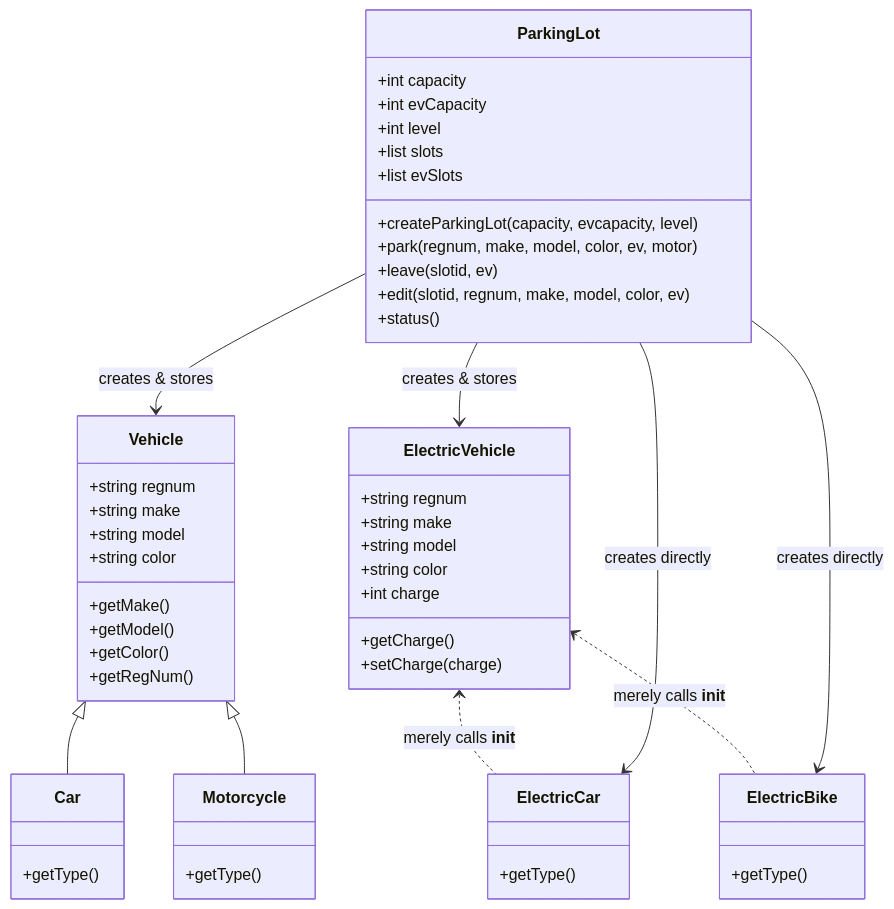
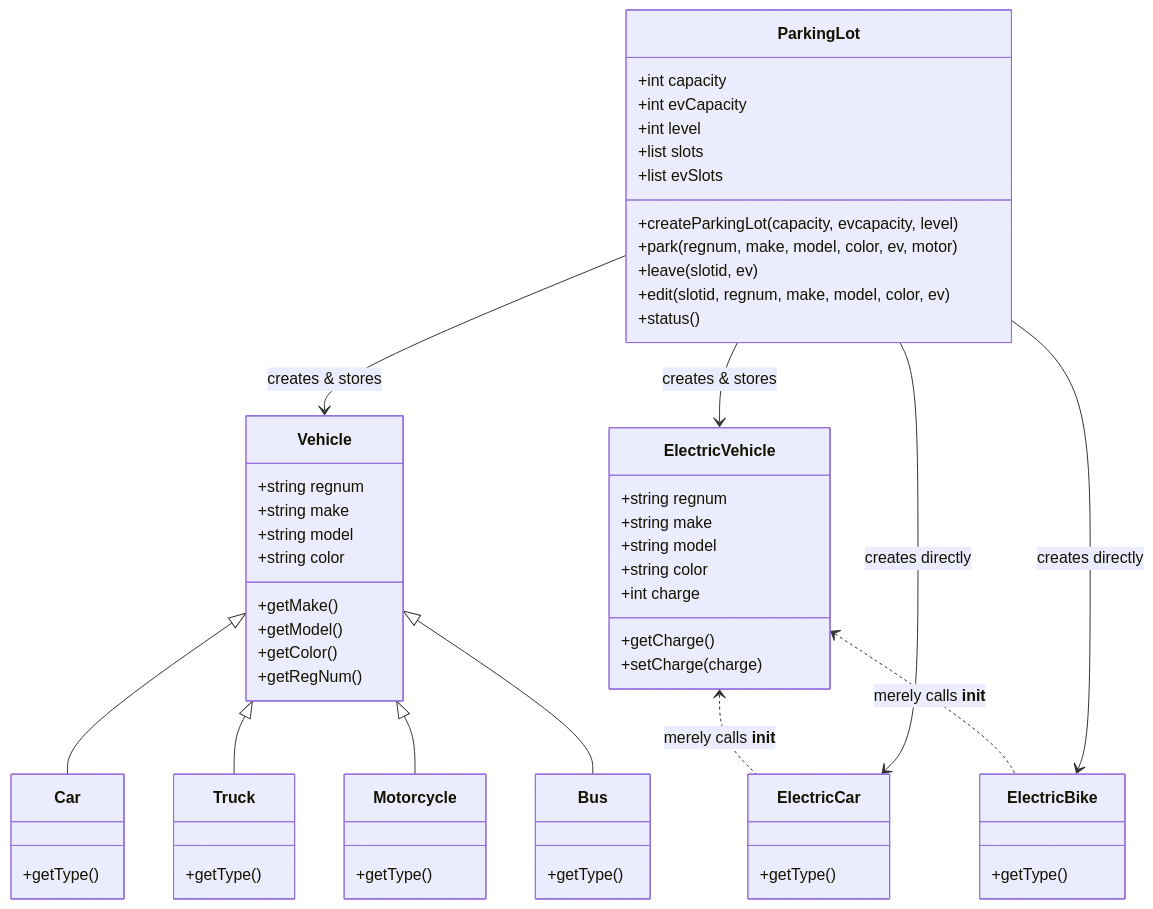
The first of 4 diagrams in project_3_software_design/11_UML_Diagrams.md (phuocnguyen90/msse), drawn with Mermaid before and after one commit. The commit also changed other lines of this file and 1 other file, not shown here.

Commit message:
docs: expand anti-patterns analysis and fix UML class diagrams
- 09: expand anti-patterns from 6 to 16 with specific code evidence and fixes

- 11: add missing Truck and Bus classes to both original and redesign class diagrams

````diff
--- a/project_3_software_design/11_UML_Diagrams.md
+++ b/project_3_software_design/11_UML_Diagrams.md
@@ -12,59 +12,67 @@
 ```mermaid
 classDiagram
     class ParkingLot {
         +int capacity
         +int evCapacity
         +int level
         +list slots
         +list evSlots
         +createParkingLot(capacity, evcapacity, level)
         +park(regnum, make, model, color, ev, motor)
         +leave(slotid, ev)
         +edit(slotid, regnum, make, model, color, ev)
         +status()
     }
     
     class Vehicle {
         +string regnum
         +string make
         +string model
         +string color
         +getMake()
         +getModel()
         +getColor()
         +getRegNum()
     }
     class Car {
         +getType()
     }
+    class Truck {
+        +getType()
+    }
     class Motorcycle {
         +getType()
     }
+    class Bus {
+        +getType()
+    }
     Vehicle <|-- Car
+    Vehicle <|-- Truck
     Vehicle <|-- Motorcycle
+    Vehicle <|-- Bus
     
     class ElectricVehicle {
         +string regnum
         +string make
         +string model
         +string color
         +int charge
         +getCharge()
         +setCharge(charge)
     }
     class ElectricCar {
         +getType()
     }
     class ElectricBike {
         +getType()
     }
     
     %% Broken inheritance in original code!
     ElectricVehicle <.. ElectricCar : merely calls __init__
     ElectricVehicle <.. ElectricBike : merely calls __init__
     
     ParkingLot --> Vehicle : creates & stores
     ParkingLot --> ElectricVehicle : creates & stores
     ParkingLot --> ElectricCar : creates directly
     ParkingLot --> ElectricBike : creates directly
 ```
````
